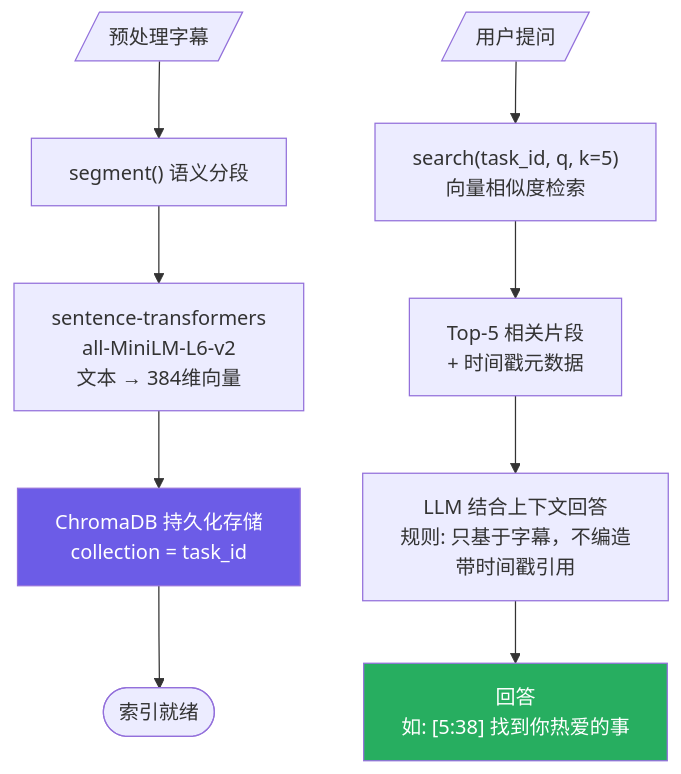
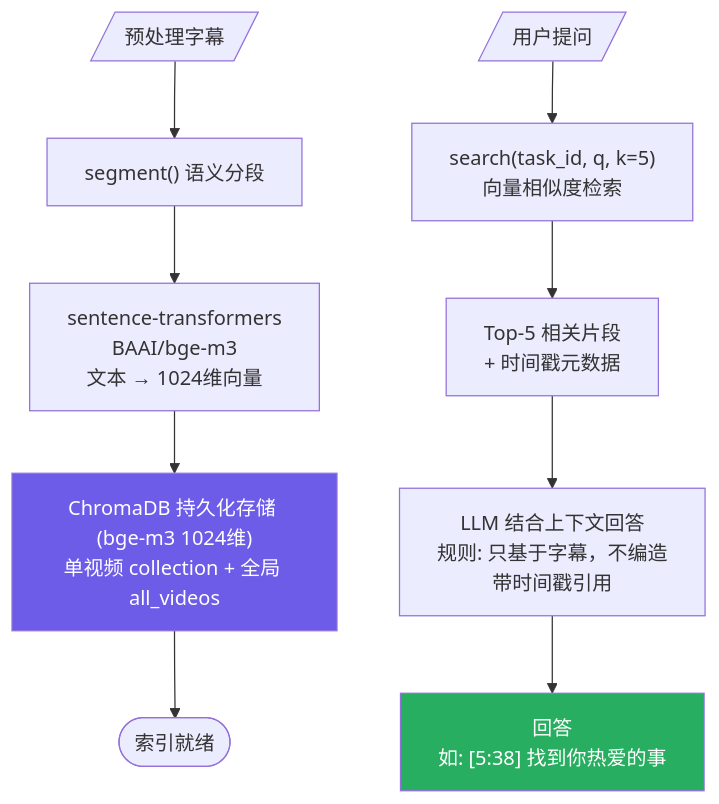
The seventh of 9 diagrams in 迭代文档/流程图.md (zoneby-Alex/scan), drawn with Mermaid before and after one commit. The commit also changed other lines of this file and 18 other files, not shown here.

````diff
--- a/迭代文档/流程图.md
+++ b/迭代文档/流程图.md
@@ -181,16 +181,16 @@
 ```mermaid
 flowchart TD
     SUBS[/"预处理字幕"/] --> SEG["segment() 语义分段"]
-    SEG --> EMBED["sentence-transformers<br/>all-MiniLM-L6-v2<br/>文本 → 384维向量"]
-    EMBED --> CHROMA["ChromaDB 持久化存储<br/>collection = task_id"]
+    SEG --> EMBED["sentence-transformers<br/>BAAI/bge-m3<br/>文本 → 1024维向量"]
+    EMBED --> CHROMA["ChromaDB 持久化存储 (bge-m3 1024维)<br/>单视频 collection + 全局 all_videos"]
     
     CHROMA --> READY(["索引就绪"])
     
     USER_Q[/"用户提问"/] --> SEARCH["search(task_id, q, k=5)<br/>向量相似度检索"]
     SEARCH --> CTX["Top-5 相关片段<br/>+ 时间戳元数据"]
     CTX --> LLM["LLM 结合上下文回答<br/>规则: 只基于字幕，不编造<br/>带时间戳引用"]
     LLM --> ANSWER["回答<br/>如: [5:38] 找到你热爱的事"]
     
     style CHROMA fill:#6c5ce7,color:#fff
     style ANSWER fill:#27ae60,color:#fff
 ```
````
